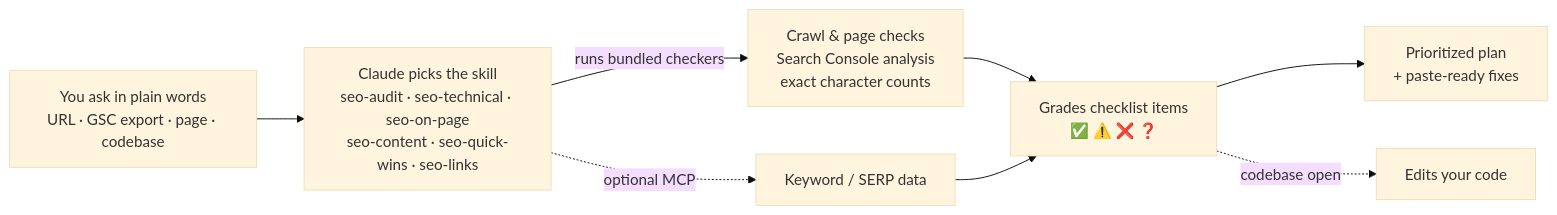
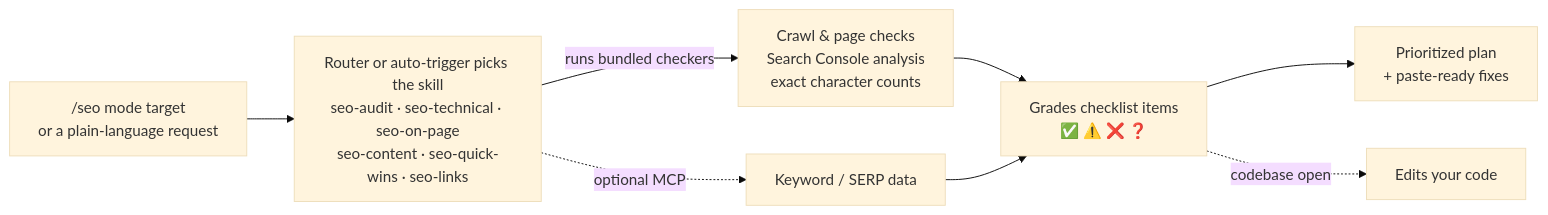
One commit to Moncef12/seo-checklist-skills changed the diagram in README.md. Above: the diagram before and after it, drawn with Mermaid (base theme). The commit also changed other lines of this file and 8 other files, not shown here.

Commit message:
feat: /seo command router with 15 modes

````diff
--- a/README.md
+++ b/README.md
@@ -107,9 +118,9 @@
 ```mermaid
 flowchart LR
-    U["You ask in plain words<br/>URL · GSC export · page · codebase"] --> A["Claude picks the skill<br/>seo-audit · seo-technical · seo-on-page<br/>seo-content · seo-quick-wins · seo-links"]
+    U["/seo mode target<br/>or a plain-language request"] --> A["Router or auto-trigger picks the skill<br/>seo-audit · seo-technical · seo-on-page<br/>seo-content · seo-quick-wins · seo-links"]
     A -->|runs bundled checkers| S["Crawl & page checks<br/>Search Console analysis<br/>exact character counts"]
     A -.->|optional MCP| K["Keyword / SERP data"]
     S & K --> G["Grades checklist items<br/>✅ ⚠️ ❌ ❓"]
     G --> R["Prioritized plan<br/>+ paste-ready fixes"]
     G -.->|codebase open| F["Edits your code"]
 ```
````
